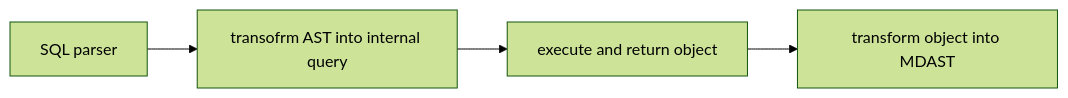
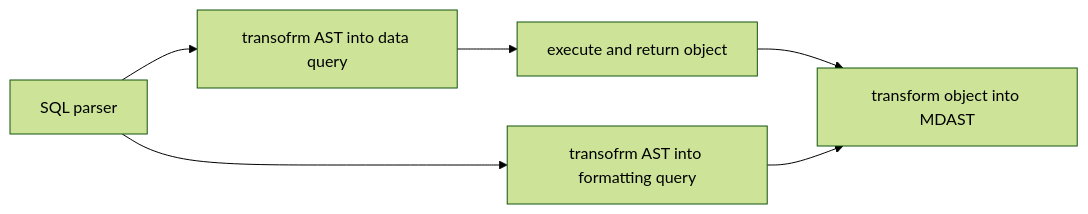
One commit to stereobooster/braindb changed the diagram in packages/docs/src/content/docs/notes/dataview.md. Above: the diagram before and after it, drawn with Mermaid (forest theme). The commit also changed other lines of this file, not shown here.

````diff
--- a/packages/docs/src/content/docs/notes/dataview.md
+++ b/packages/docs/src/content/docs/notes/dataview.md
@@ -6,4 +6,5 @@
 ```mermaid
 flowchart LR
-    s[SQL parser] --> t[transofrm AST into internal query] --> e[execute and return object] --> tm[transform object into MDAST]
+    s[SQL parser] --> t[transofrm AST into data query] --> e[execute and return object] --> tm[transform object into MDAST]
+    s --> t1[transofrm AST into formatting query] --> tm
 ```
````
